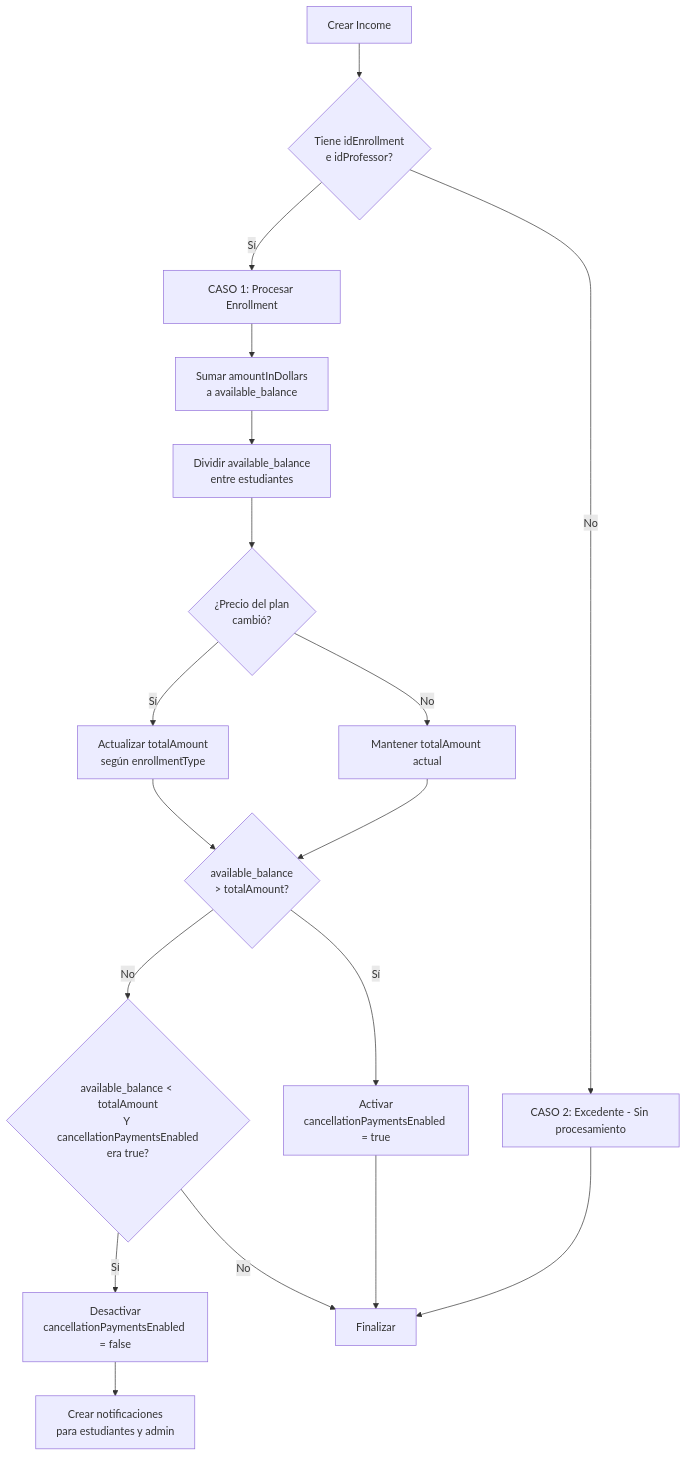
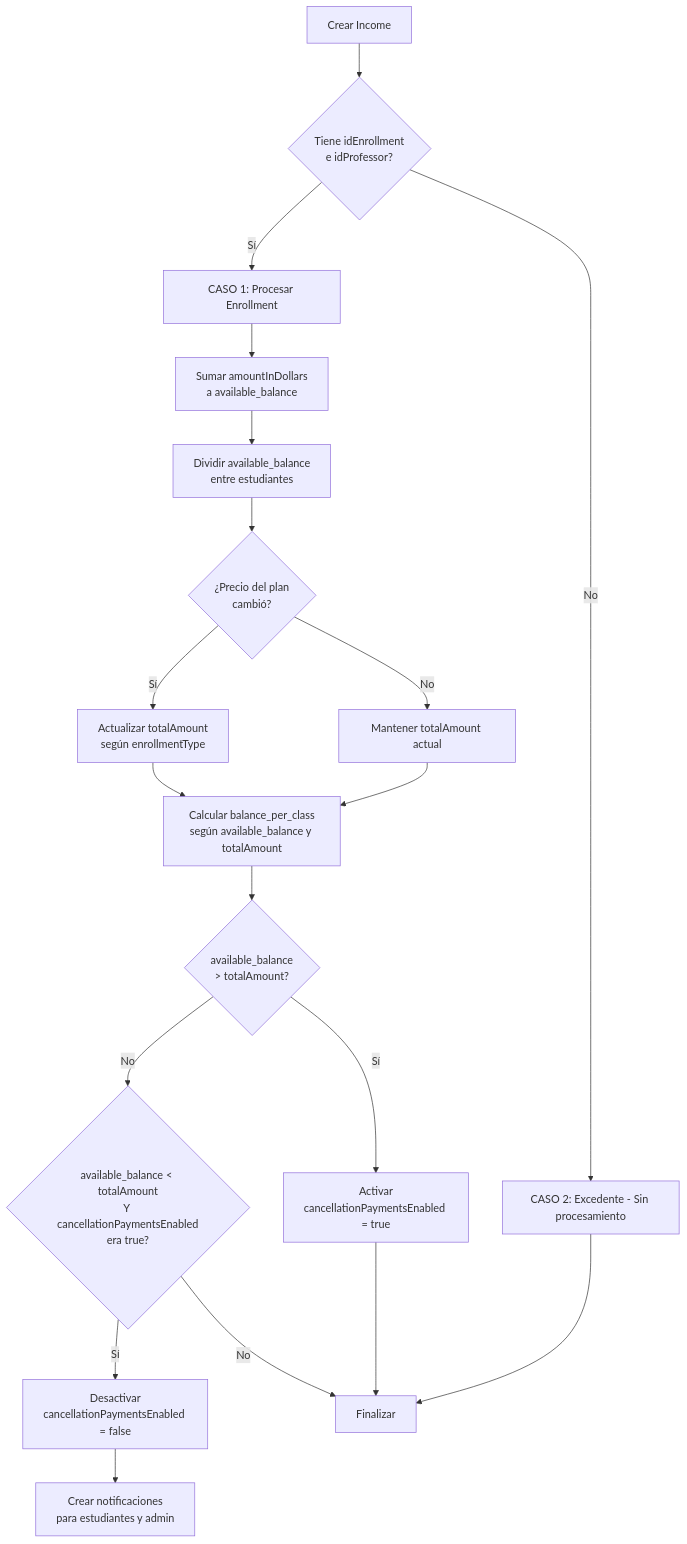
Before and after one commit to bespokedDev/bespoke-api-GITHUB-V2: the diagram in docs/semana-30-diciembre-2-enero/INCOMES_API_DOCUMENTATION.md, drawn with Mermaid. The commit also changed other lines of this file and 12 other files, not shown here.

Commit message:
mejora en balance_per_class y funcionamiento

````diff
--- a/docs/semana-30-diciembre-2-enero/INCOMES_API_DOCUMENTATION.md
+++ b/docs/semana-30-diciembre-2-enero/INCOMES_API_DOCUMENTATION.md
@@ -284,21 +336,22 @@
 ```mermaid
 graph TD
     A[Crear Income] --> B{Tiene idEnrollment<br/>e idProfessor?}
     B -->|Sí| C[CASO 1: Procesar Enrollment]
     B -->|No| D[CASO 2: Excedente - Sin procesamiento]
     
     C --> E[Sumar amountInDollars<br/>a available_balance]
     E --> F[Dividir available_balance<br/>entre estudiantes]
     F --> G{¿Precio del plan<br/>cambió?}
     G -->|Sí| H[Actualizar totalAmount<br/>según enrollmentType]
     G -->|No| I[Mantener totalAmount actual]
-    H --> J{available_balance<br/>> totalAmount?}
+    H --> J[Calcular balance_per_class<br/>según available_balance y totalAmount]
     I --> J
-    J -->|Sí| K[Activar<br/>cancellationPaymentsEnabled = true]
-    J -->|No| L{available_balance < totalAmount<br/>Y cancellationPaymentsEnabled<br/>era true?}
-    L -->|Sí| M[Desactivar<br/>cancellationPaymentsEnabled = false]
-    M --> N[Crear notificaciones<br/>para estudiantes y admin]
-    L -->|No| O[Finalizar]
-    K --> O
-    D --> O
+    J --> K{available_balance<br/>> totalAmount?}
+    K -->|Sí| L[Activar<br/>cancellationPaymentsEnabled = true]
+    K -->|No| M{available_balance < totalAmount<br/>Y cancellationPaymentsEnabled<br/>era true?}
+    M -->|Sí| N[Desactivar<br/>cancellationPaymentsEnabled = false]
+    N --> O[Crear notificaciones<br/>para estudiantes y admin]
+    M -->|No| P[Finalizar]
+    L --> P
+    D --> P
 ```
````
